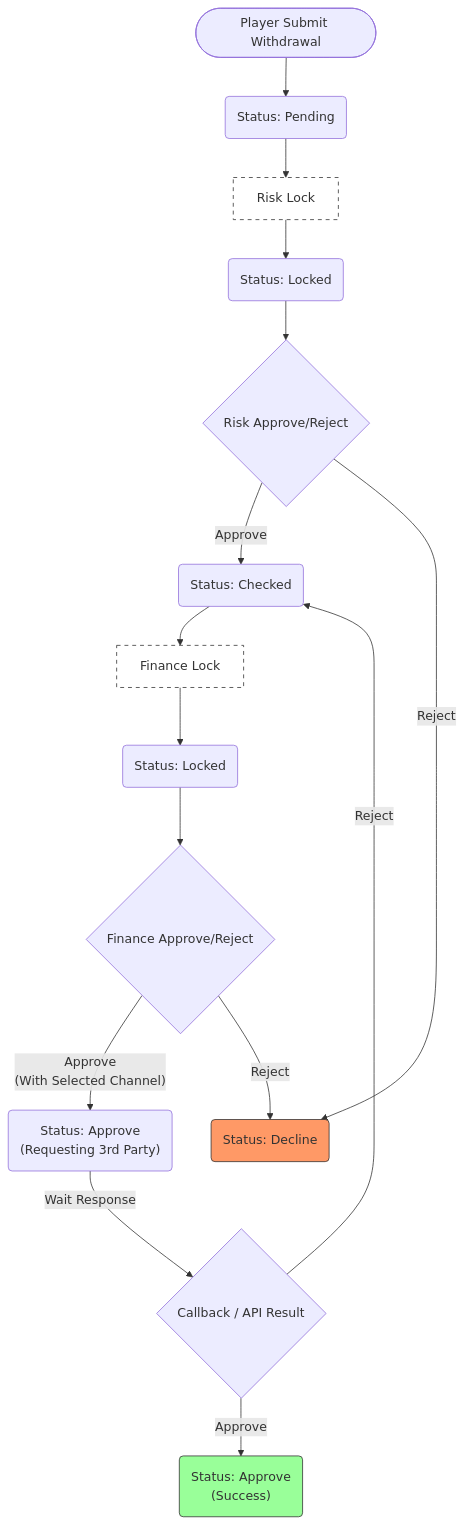
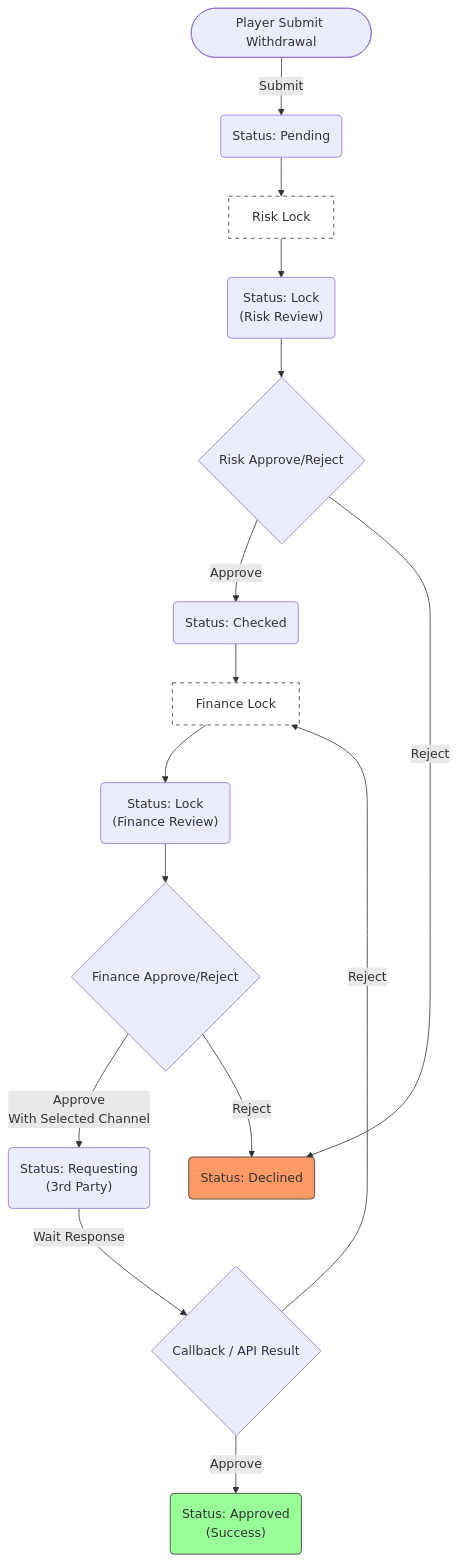
The first of 2 diagrams in no99_archive/sitflowchart.md (almightyken0425/SuSuGiGiSpec), drawn with Mermaid before and after one commit. The commit also changed other lines of this file, not shown here.

````diff
--- a/no99_archive/sitflowchart.md
+++ b/no99_archive/sitflowchart.md
@@ -29,50 +29,50 @@
 ```mermaid
 graph TD
     %% 節點定義
     Start(["Player Submit Withdrawal"])
     Pending("Status: Pending")
     
     RiskLockActionBox["Risk Lock"]
-    RiskLock("Status: Locked")
+    RiskLock("Status: Lock<br/>(Risk Review)")
     
     RiskAction{"Risk Approve/Reject"}
     Checked("Status: Checked")
     
     FinanceLockActionBox["Finance Lock"]
-    FinanceLock("Status: Locked")
+    FinanceLock("Status: Lock<br/>(Finance Review)")
     
     FinanceAction{"Finance Approve/Reject"}
-    ApproveReq("Status: Approve<br/>(Requesting 3rd Party)")
-    Decline("Status: Decline")
-    Success("Status: Approve<br/>(Success)")
+    ApproveReq("Status: Requesting<br/>(3rd Party)")
+    Decline("Status: Declined")
+    Success("Status: Approved<br/>(Success)")
     Callback{"Callback / API Result"}
 
-    Start --> Pending
+    Start -->|"Submit"| Pending
     
     Pending --> RiskLockActionBox
     RiskLockActionBox --> RiskLock
     
     RiskLock --> RiskAction
     
     RiskAction -->|"Approve"| Checked
     
     Checked --> FinanceLockActionBox
     FinanceLockActionBox --> FinanceLock
     
     FinanceLock --> FinanceAction
     
-    FinanceAction -->|"Approve<br/>(With Selected Channel)"| ApproveReq
+    FinanceAction -->|"Approve<br/>With Selected Channel"| ApproveReq
 
     RiskAction -->|"Reject"| Decline
     FinanceAction -->|"Reject"| Decline
     
     ApproveReq -->|"Wait Response"| Callback
 
     Callback -->|"Approve"| Success
-    Callback -->|"Reject"| Checked
+    Callback -->|"Reject"| FinanceLockActionBox
 
     style Decline fill:#f96,stroke:#333
     style Success fill:#9f9,stroke:#333
     style RiskLockActionBox fill:#fff,stroke:#333,stroke-dasharray: 5 5
     style FinanceLockActionBox fill:#fff,stroke:#333,stroke-dasharray: 5 5
 ```
````
